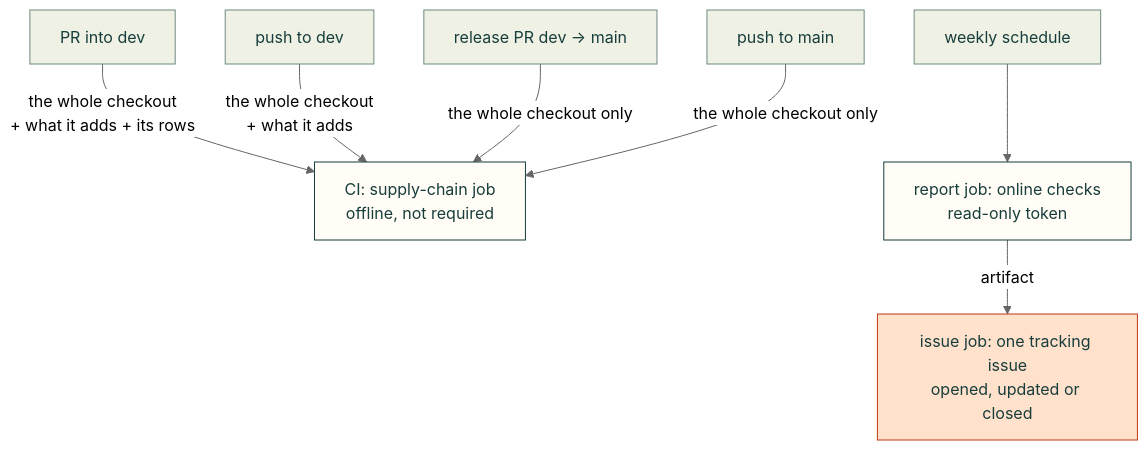
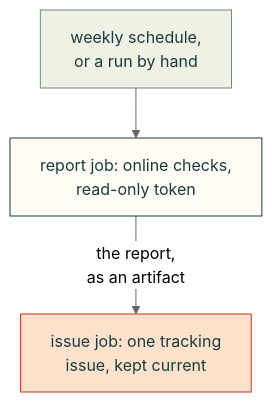
Before and after one commit to Valpatel/cad-agent: the second of 2 diagrams in docs/supply-chain.md, drawn with Mermaid (neutral theme). The commit also changed other lines of this file and 5 other files, not shown here.

First line of the commit message:
Supply-chain report: fold the report page, two narrow diagrams, pictures in the skill (#117)

````diff
--- a/docs/supply-chain.md
+++ b/docs/supply-chain.md
@@ -33,15 +51,11 @@
 ```mermaid
 flowchart TD
-    PR["PR into dev"] -->|"the whole checkout<br/>+ what it adds + its rows"| G["CI: supply-chain job<br/>offline, not required"]
-    PD["push to dev"] -->|"the whole checkout<br/>+ what it adds"| G
-    RP["release PR dev → main"] -->|"the whole checkout only"| G
-    PM["push to main"] -->|"the whole checkout only"| G
-    W["weekly schedule"] --> O["report job: online checks<br/>read-only token"]
-    O -->|"artifact"| I["issue job: one tracking issue<br/>opened, updated or closed"]
+    W["weekly schedule,<br/>or a run by hand"] --> O["report job: online checks,<br/>read-only token"]
+    O -->|"the report,<br/>as an artifact"| I["issue job: one tracking<br/>issue, kept current"]
     classDef here fill:#fffdf5,stroke:#173d3c,color:#173d3c
     classDef near fill:#eef1e4,stroke:#6f8a80,color:#173d3c
     classDef out fill:#ffe1cc,stroke:#bd3a12,color:#173d3c
-    class G,O here
-    class PR,PD,RP,PM,W near
+    class O here
+    class W near
     class I out
 ```
````
